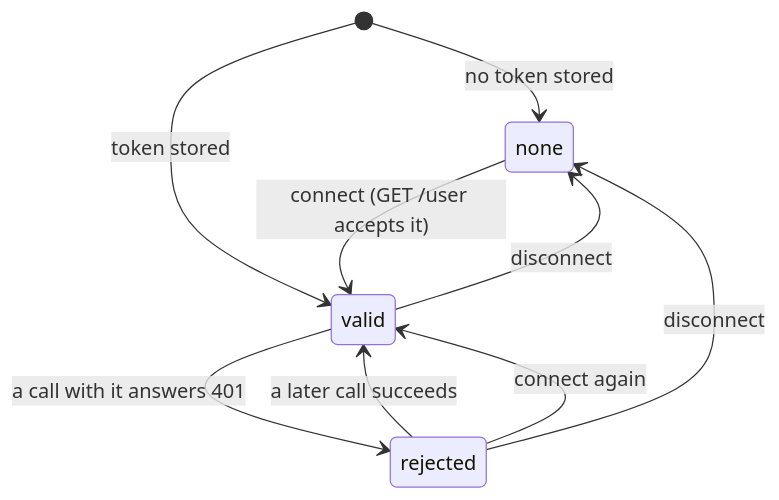
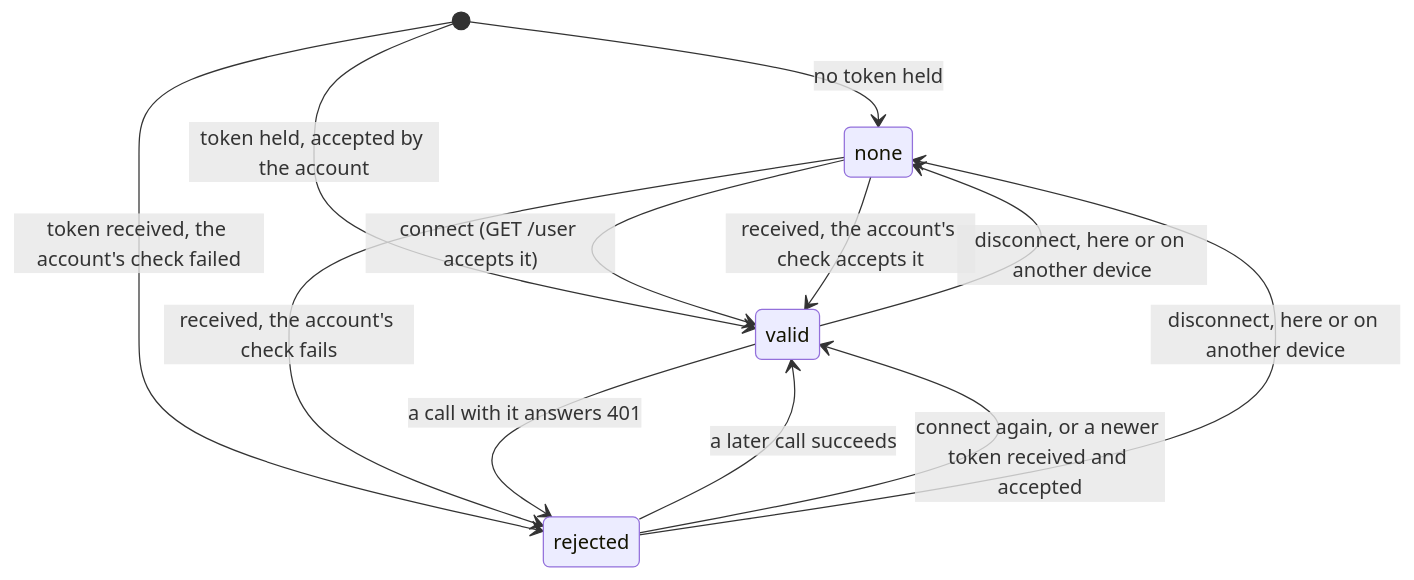
One commit to matthiasn/lotti changed the third of 4 diagrams in knowledge/features/github.md. Above: the diagram before and after it, drawn with Mermaid. The commit also changed other lines of this file and 2 other files, not shown here.

Commit message:
fix(github): follow tokens received from other devices in the token status

````diff
--- a/knowledge/features/github.md
+++ b/knowledge/features/github.md
@@ -352,11 +352,14 @@
 ```mermaid
 stateDiagram-v2
-    [*] --> none: no token stored
-    [*] --> valid: token stored
+    [*] --> none: no token held
+    [*] --> valid: token held, accepted by the account
+    [*] --> rejected: token received, the account's check failed
     none --> valid: connect (GET /user accepts it)
+    none --> valid: received, the account's check accepts it
+    none --> rejected: received, the account's check fails
     valid --> rejected: a call with it answers 401
     rejected --> valid: a later call succeeds
-    rejected --> valid: connect again
-    valid --> none: disconnect
-    rejected --> none: disconnect
+    rejected --> valid: connect again, or a newer token received and accepted
+    valid --> none: disconnect, here or on another device
+    rejected --> none: disconnect, here or on another device
 ```
````
